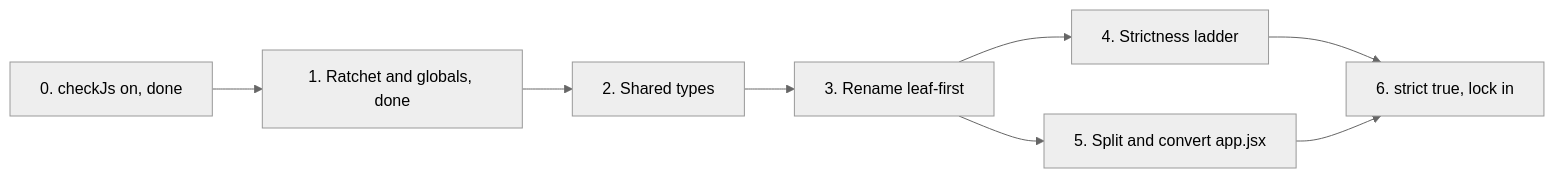
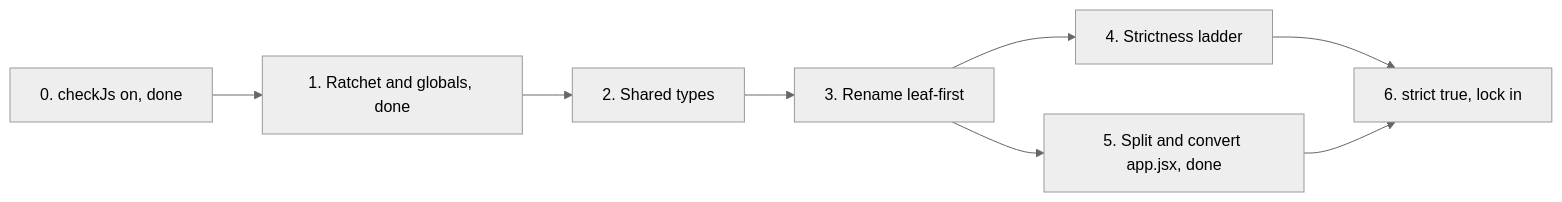
One commit to tsyche/profitpath changed the diagram in docs/plans/typescript-migration.md. Above: the diagram before and after it, drawn with Mermaid (neutral theme). The commit also changed other lines of this file and 28 other files, not shown here.

First line of the commit message:
Split app.jsx into TypeScript modules; fix double wire(); pin vitest 4.1.12

````diff
--- a/docs/plans/typescript-migration.md
+++ b/docs/plans/typescript-migration.md
@@ -28,10 +28,10 @@
 ```mermaid
 flowchart LR
   P0[0. checkJs on, done] --> P1[1. Ratchet and globals, done]
   P1 --> P2[2. Shared types]
   P2 --> P3[3. Rename leaf-first]
   P3 --> P4[4. Strictness ladder]
-  P3 --> P5[5. Split and convert app.jsx]
+  P3 --> P5[5. Split and convert app.jsx, done]
   P4 --> P6[6. strict true, lock in]
   P5 --> P6
 ```
````
